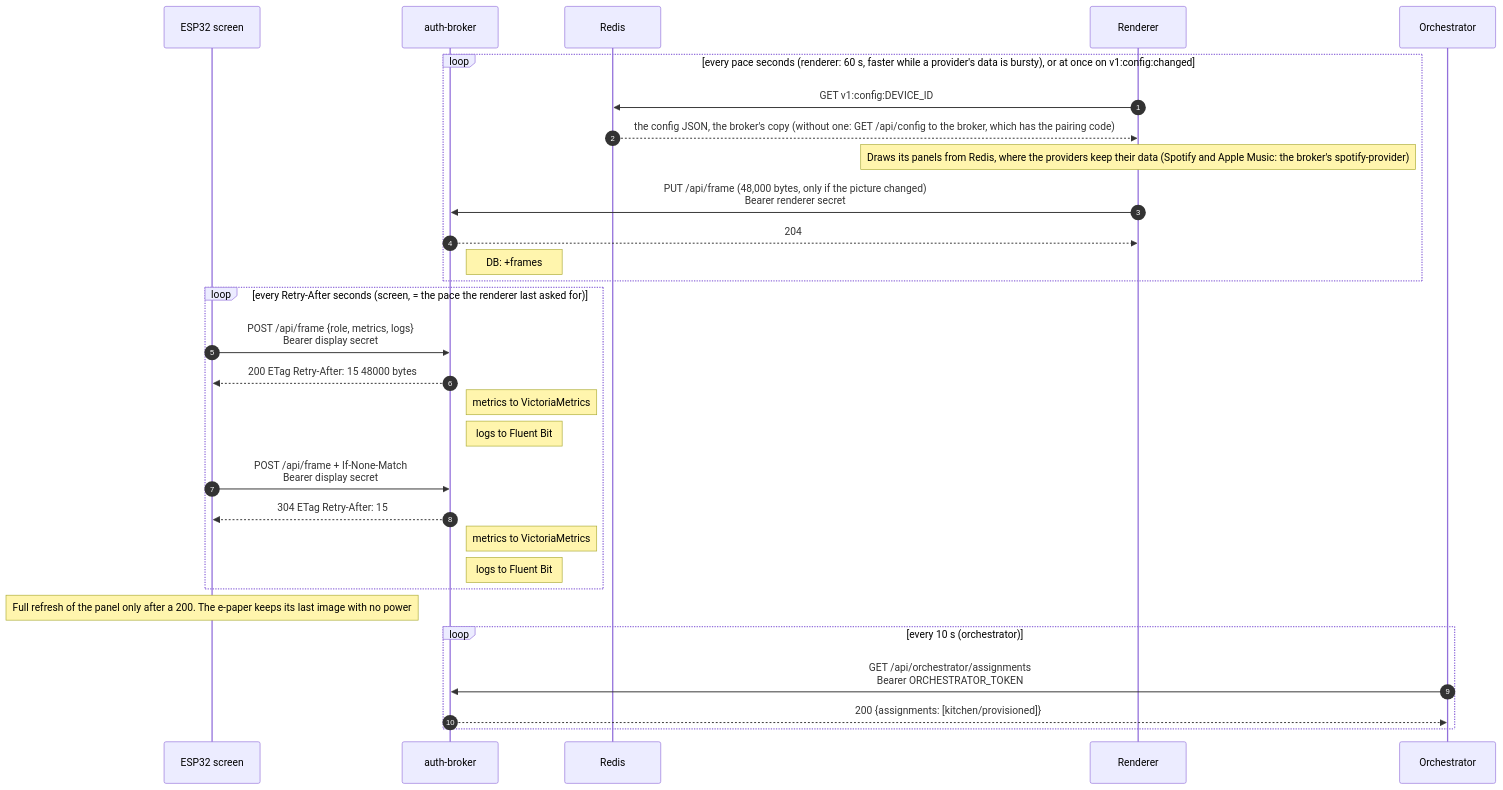
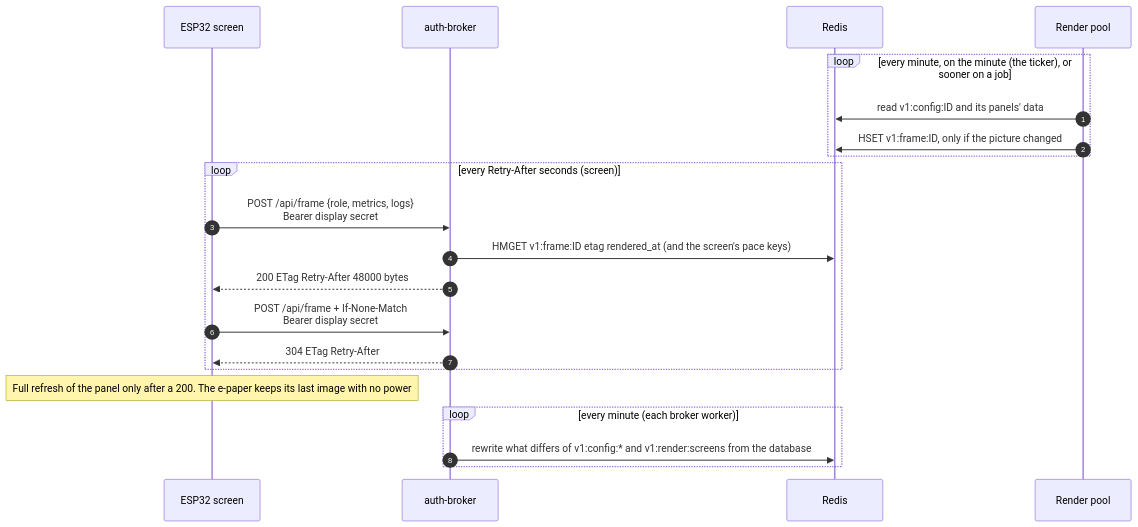
The seventh of 9 diagrams in docs/architecture.md (nvorkinn/auth-broker), drawn with Mermaid before and after one commit. The commit also changed other lines of this file and 59 other files, not shown here.

First line of the commit message:
Retire the per-screen renderers from the broker (stateless step 9)

````diff
--- a/docs/architecture.md
+++ b/docs/architecture.md
@@ -298,32 +273,23 @@
 ```mermaid
 sequenceDiagram
     autonumber
     participant S as ESP32 screen
     participant B as auth-broker
     participant D as Redis
-    participant R as Renderer
-    participant O as Orchestrator
-    loop every pace seconds (renderer: 60 s, faster while a provider's data is bursty), or at once on v1:config:changed
-        R->>D: GET v1:config:DEVICE_ID
-        D-->>R: the config JSON, the broker's copy (without one: GET /api/config to the broker, which has the pairing code)
-        Note over R: Draws its panels from Redis, where the providers keep their data (Spotify and Apple Music: the broker's spotify-provider)
-        R->>B: PUT /api/frame (48,000 bytes, only if the picture changed)<br/>Bearer renderer secret
-        B-->>R: 204
-        Note right of B: DB: +frames
+    participant W as Render pool
+    loop every minute, on the minute (the ticker), or sooner on a job
+        W->>D: read v1:config:ID and its panels' data
+        W->>D: HSET v1:frame:ID, only if the picture changed
     end
-    loop every Retry-After seconds (screen, = the pace the renderer last asked for)
+    loop every Retry-After seconds (screen)
         S->>B: POST /api/frame {role, metrics, logs}<br/>Bearer display secret
-        B-->>S: 200 ETag Retry-After: 15 48000 bytes
-        Note right of B: metrics to VictoriaMetrics
-        Note right of B: logs to Fluent Bit
+        B->>D: HMGET v1:frame:ID etag rendered_at (and the screen's pace keys)
+        B-->>S: 200 ETag Retry-After 48000 bytes
         S->>B: POST /api/frame + If-None-Match<br/>Bearer display secret
-        B-->>S: 304 ETag Retry-After: 15
-        Note right of B: metrics to VictoriaMetrics
-        Note right of B: logs to Fluent Bit
+        B-->>S: 304 ETag Retry-After
     end
     Note over S: Full refresh of the panel only after a 200. The e-paper keeps its last image with no power
-    loop every 10 s (orchestrator)
-        O->>B: GET /api/orchestrator/assignments<br/>Bearer ORCHESTRATOR_TOKEN
-        B-->>O: 200 {assignments: [kitchen/provisioned]}
+    loop every minute (each broker worker)
+        B->>D: rewrite what differs of v1:config:* and v1:render:screens from the database
     end
 ```
````
